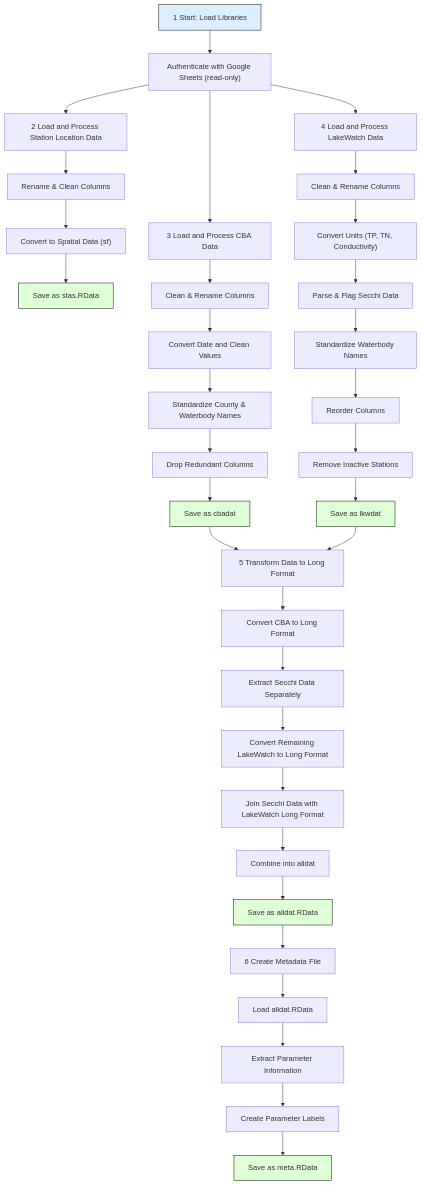
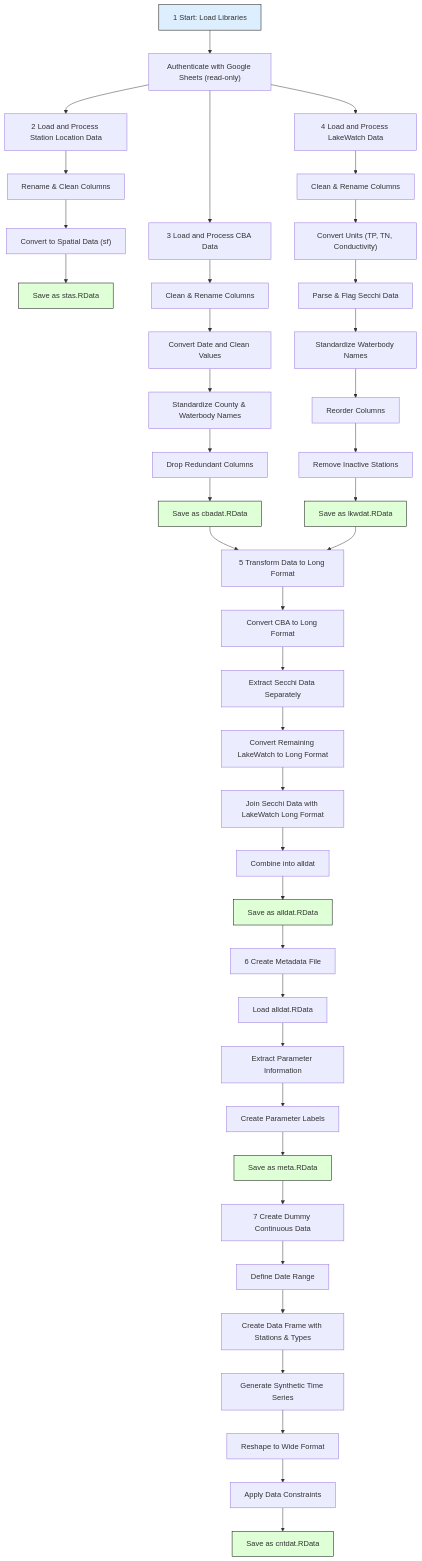
One commit to choctawhatchee-basin-alliance/wq-dashboard changed the diagram in doc/workflow.md. Above: the diagram before and after it, drawn with Mermaid. The commit also changed other lines of this file and 3 other files, not shown here.

Commit message:
create continuous dummy data and update workflow

````diff
--- a/doc/workflow.md
+++ b/doc/workflow.md
@@ -5,46 +5,55 @@
 ```mermaid
 flowchart TD
   A["1 Start: Load Libraries"] --> B["Authenticate with Google Sheets (read-only)"]
   B --> C["2 Load and Process Station Location Data"]
   C --> D[Rename & Clean Columns]
   D --> E["Convert to Spatial Data (sf)"]
   E --> F[Save as stas.RData]
 
   B --> G["3 Load and Process CBA Data"]
   G --> H[Clean & Rename Columns]
   H --> I[Convert Date and Clean Values]
   I --> J[Standardize County & Waterbody Names]
   J --> K[Drop Redundant Columns]
-  K --> L[Save as cbadat]
+  K --> L[Save as cbadat.RData]
 
   B --> M["4 Load and Process LakeWatch Data"]
   M --> N[Clean & Rename Columns]
   N --> O["Convert Units (TP, TN, Conductivity)"]
   O --> P[Parse & Flag Secchi Data]
   P --> Q[Standardize Waterbody Names]
   Q --> R[Reorder Columns]
   R --> S[Remove Inactive Stations]
-  S --> T[Save as lkwdat]
+  S --> T[Save as lkwdat.RData]
   
   L --> U["5 Transform Data to Long Format"]
   T --> U
   U --> V[Convert CBA to Long Format]
   V --> W[Extract Secchi Data Separately]
   W --> X[Convert Remaining LakeWatch to Long Format]
   X --> Y[Join Secchi Data with LakeWatch Long Format]
   Y --> Z[Combine into alldat]
   Z --> AA[Save as alldat.RData]
   
   AA --> AB["6 Create Metadata File"]
   AB --> AC[Load alldat.RData]
   AC --> AD[Extract Parameter Information]
   AD --> AE[Create Parameter Labels]
   AE --> AF[Save as meta.RData]
+  
+  AF --> AG["7 Create Dummy Continuous Data"]
+  AG --> AH[Define Date Range]
+  AH --> AI[Create Data Frame with Stations & Types]
+  AI --> AJ[Generate Synthetic Time Series]
+  AJ --> AK[Reshape to Wide Format]
+  AK --> AL[Apply Data Constraints]
+  AL --> AM[Save as cntdat.RData]
 
   style A fill:#DDEEFF,stroke:#000,stroke-width:1px
   style F fill:#DFFFD6,stroke:#000,stroke-width:1px
   style L fill:#DFFFD6,stroke:#000,stroke-width:1px
   style T fill:#DFFFD6,stroke:#000,stroke-width:1px
   style AA fill:#DFFFD6,stroke:#000,stroke-width:1px
   style AF fill:#DFFFD6,stroke:#000,stroke-width:1px
+  style AM fill:#DFFFD6,stroke:#000,stroke-width:1px
 ```
````
